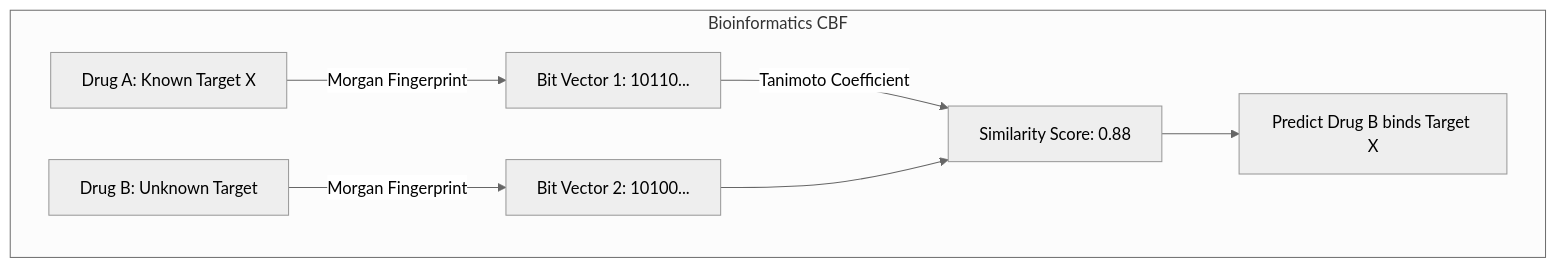
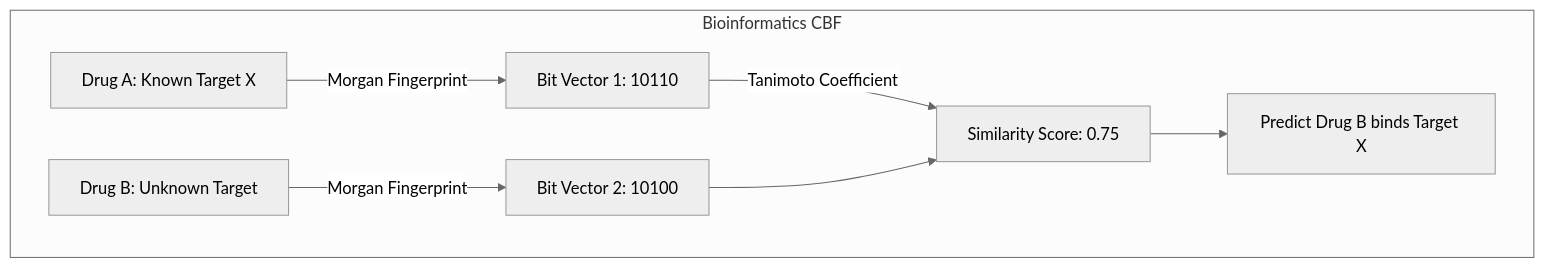
The seventh of 20 diagrams in Recomender Systems in Bioinformatics.md (ammahmoudi/bioinformatics-recommender-systems), drawn with Mermaid (neutral theme) before and after one commit. The commit also changed other lines of this file, not shown here.

````diff
--- a/Recomender Systems in Bioinformatics.md
+++ b/Recomender Systems in Bioinformatics.md
@@ -136,11 +226,11 @@
 ```mermaid
 flowchart LR
     subgraph "Bioinformatics CBF"
         direction LR
-        D1[Drug A: Known Target X] -->|Morgan Fingerprint| V3[Bit Vector 1: 10110...]
-        D2[Drug B: Unknown Target] -->|Morgan Fingerprint| V4[Bit Vector 2: 10100...]
-        V3 -->|Tanimoto Coefficient| S2[Similarity Score: 0.88]
+        D1["Drug A: Known Target X"] -->|Morgan Fingerprint| V3["Bit Vector 1: 10110"]
+        D2["Drug B: Unknown Target"] -->|Morgan Fingerprint| V4["Bit Vector 2: 10100"]
+        V3 -->|Tanimoto Coefficient| S2["Similarity Score: 0.75"]
         V4 --> S2
-        S2 --> R2[Predict Drug B binds Target X]
+        S2 --> R2["Predict Drug B binds Target X"]
     end
 ```
````
